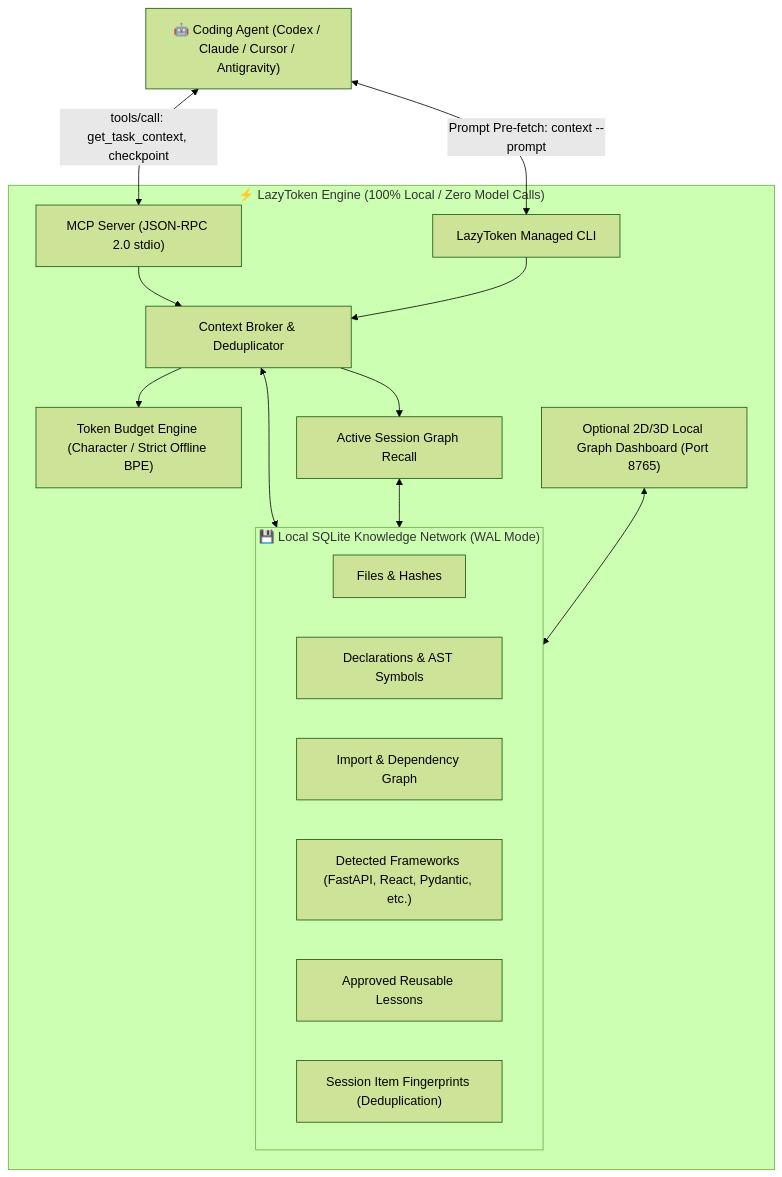
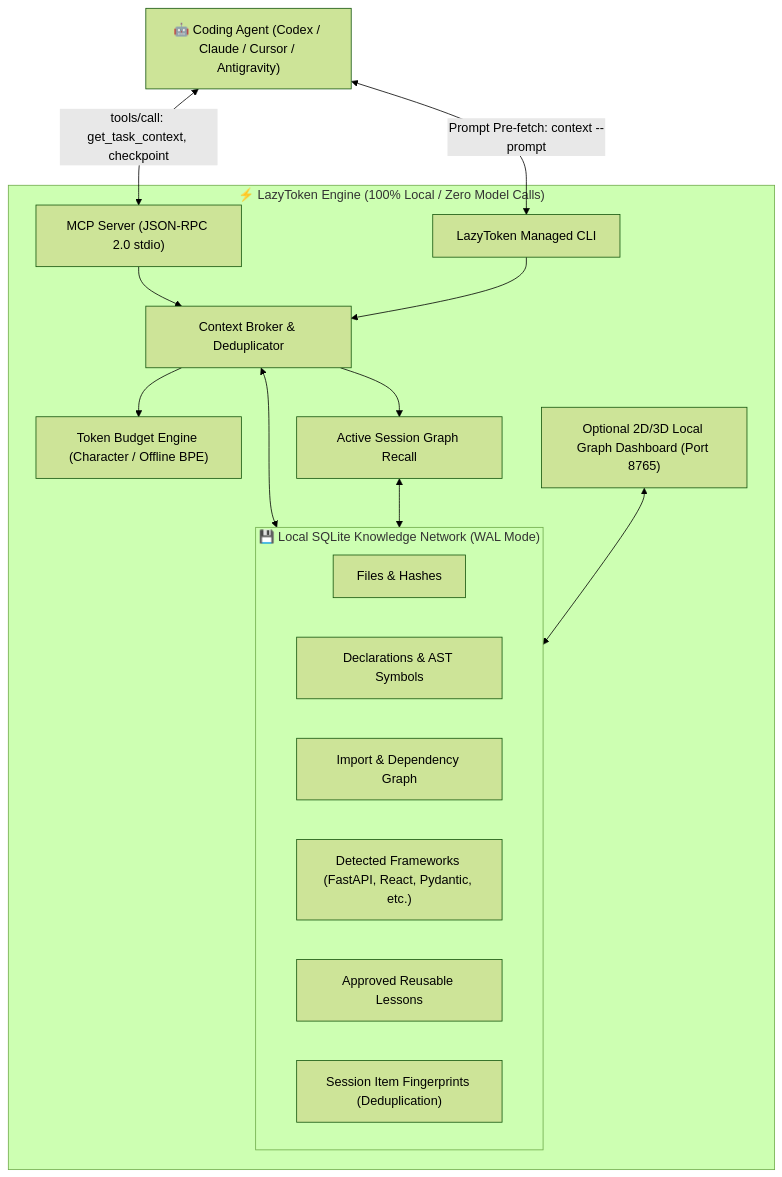
One commit to ArshitGupta01/LazyToken changed the diagram in README.md. Above: the diagram before and after it, drawn with Mermaid (forest theme). The commit also changed other lines of this file and 16 other files, not shown here.

````diff
--- a/README.md
+++ b/README.md
@@ -58,36 +32,36 @@
 ```mermaid
 graph TD
     Client["🤖 Coding Agent (Codex / Claude / Cursor / Antigravity)"]
 
     subgraph LazyTokenCore["⚡ LazyToken Engine (100% Local / Zero Model Calls)"]
         MCP["MCP Server (JSON-RPC 2.0 stdio)"]
         CLI["LazyToken Managed CLI"]
         
         Broker["Context Broker & Deduplicator"]
-        Budget["Token Budget Engine (Character / Strict Offline BPE)"]
+        Budget["Token Budget Engine (Character / Offline BPE)"]
         Recall["Active Session Graph Recall"]
         
         subgraph LocalStore["💾 Local SQLite Knowledge Network (WAL Mode)"]
             Files["Files & Hashes"]
             Symbols["Declarations & AST Symbols"]
             Imports["Import & Dependency Graph"]
             Frameworks["Detected Frameworks (FastAPI, React, Pydantic, etc.)"]
             Lessons["Approved Reusable Lessons"]
             Sessions["Session Item Fingerprints (Deduplication)"]
         end
         
         Dashboard["Optional 2D/3D Local Graph Dashboard (Port 8765)"]
     end
 
     Client <-->|"tools/call: get_task_context, checkpoint"| MCP
     Client <-->|"Prompt Pre-fetch: context --prompt"| CLI
     
     MCP --> Broker
     CLI --> Broker
     Broker --> Budget
     Broker --> Recall
     
     Broker <--> LocalStore
     Recall <--> LocalStore
     Dashboard <--> LocalStore
 ```
````
